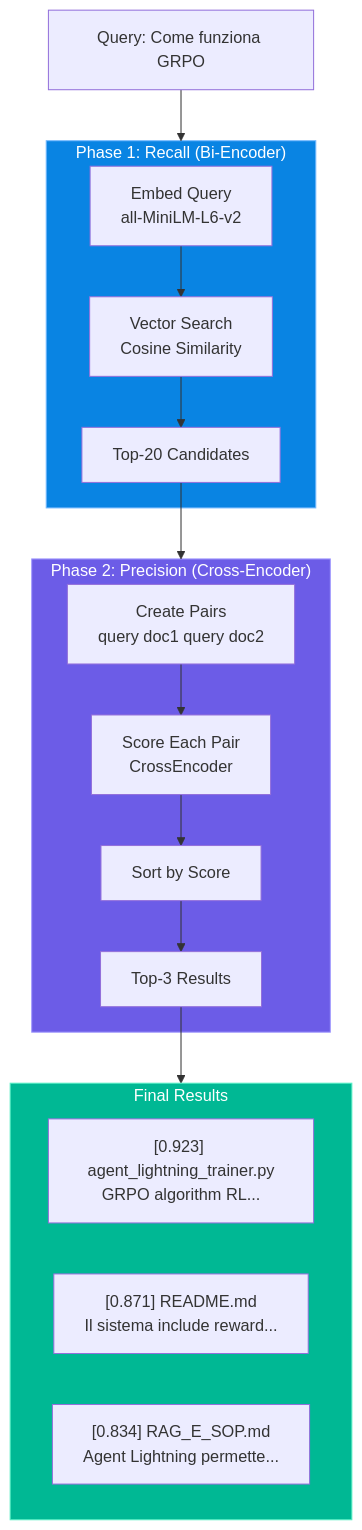
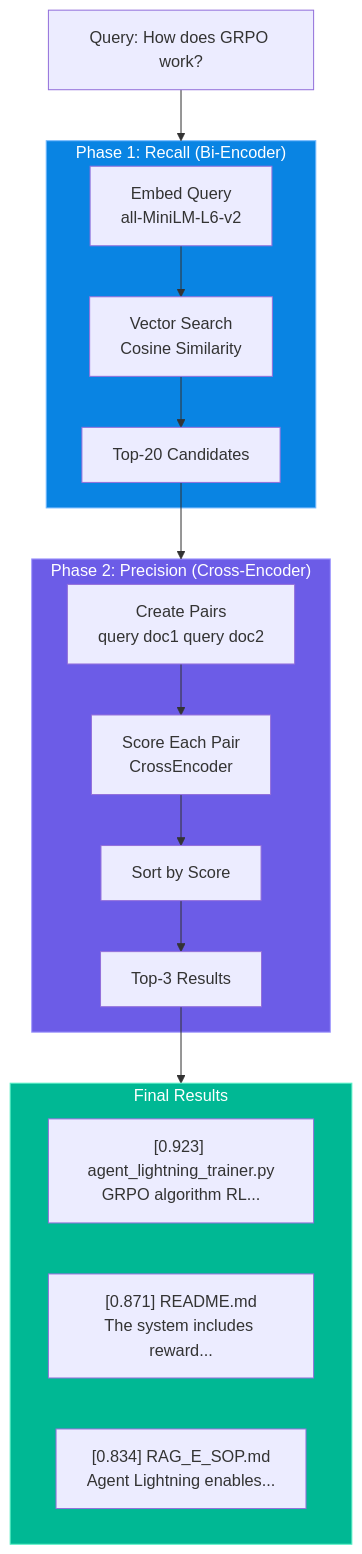
The sixth of 13 diagrams in DIAGRAMS.md (SandroHub013/ALCHEMY), drawn with Mermaid before and after one commit. The commit also changed other lines of this file and 12 other files, not shown here.

````diff
--- a/DIAGRAMS.md
+++ b/DIAGRAMS.md
@@ -289,35 +289,35 @@
 ```mermaid
 flowchart TD
-    Q["Query: Come funziona GRPO"]
+    Q["Query: How does GRPO work?"]
     
     subgraph PHASE1["Phase 1: Recall (Bi-Encoder)"]
         EMB["Embed Query<br/>all-MiniLM-L6-v2"]
         VEC["Vector Search<br/>Cosine Similarity"]
         TOP20["Top-20 Candidates"]
         
         EMB --> VEC --> TOP20
     end
     
     subgraph PHASE2["Phase 2: Precision (Cross-Encoder)"]
         PAIRS["Create Pairs<br/>query doc1 query doc2"]
         SCORE["Score Each Pair<br/>CrossEncoder"]
         SORT["Sort by Score"]
         TOP3["Top-3 Results"]
         
         PAIRS --> SCORE --> SORT --> TOP3
     end
     
     subgraph RESULTS["Final Results"]
         R1["[0.923] agent_lightning_trainer.py<br/>GRPO algorithm RL..."]
-        R2["[0.871] README.md<br/>Il sistema include reward..."]
-        R3["[0.834] RAG_E_SOP.md<br/>Agent Lightning permette..."]
+        R2["[0.871] README.md<br/>The system includes reward..."]
+        R3["[0.834] RAG_E_SOP.md<br/>Agent Lightning enables..."]
     end
     
     Q --> PHASE1
     TOP20 --> PHASE2
     TOP3 --> RESULTS
 
     style PHASE1 fill:#0984e3,stroke:#74b9ff,color:#fff
     style PHASE2 fill:#6c5ce7,stroke:#a29bfe,color:#fff
     style RESULTS fill:#00b894,stroke:#55efc4,color:#fff
 ```
````
